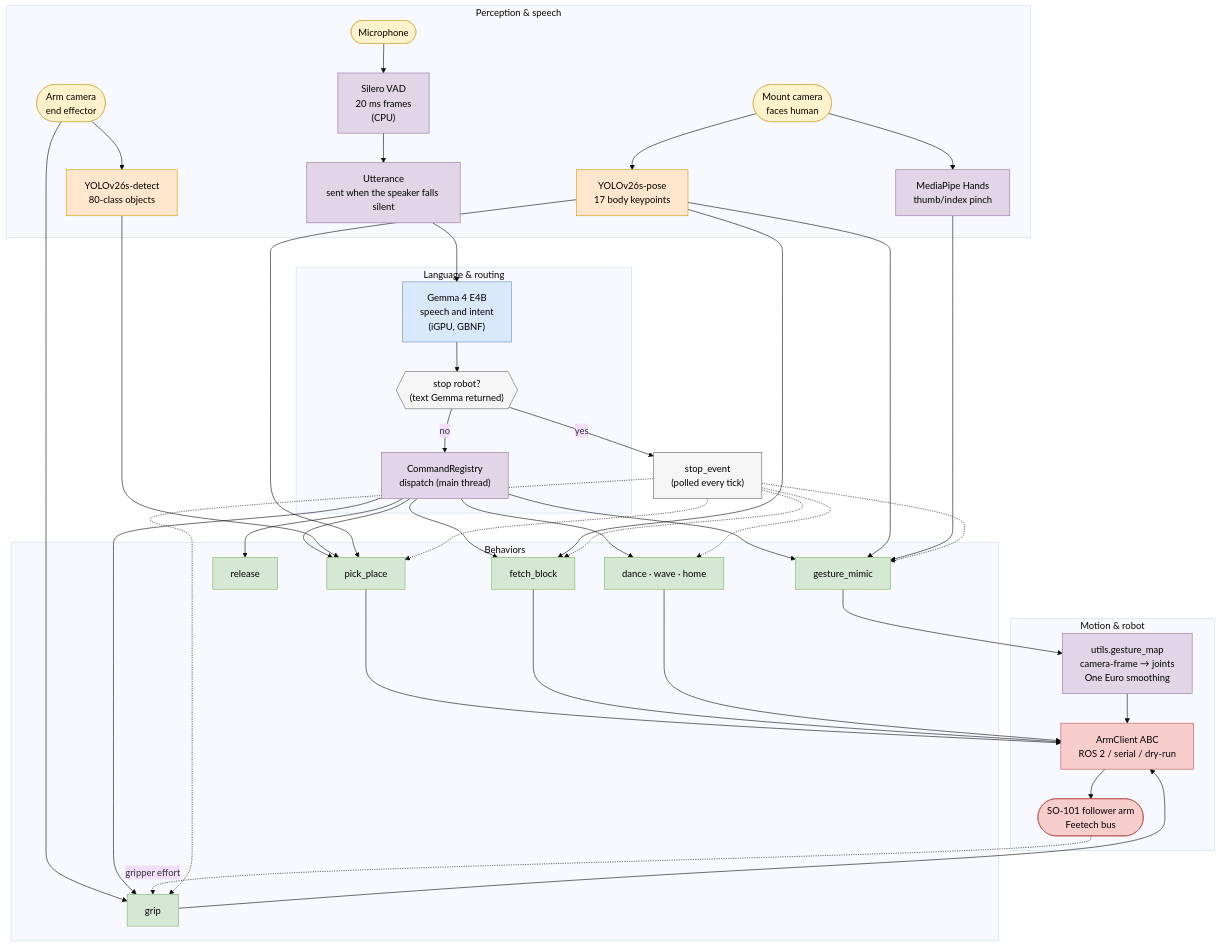
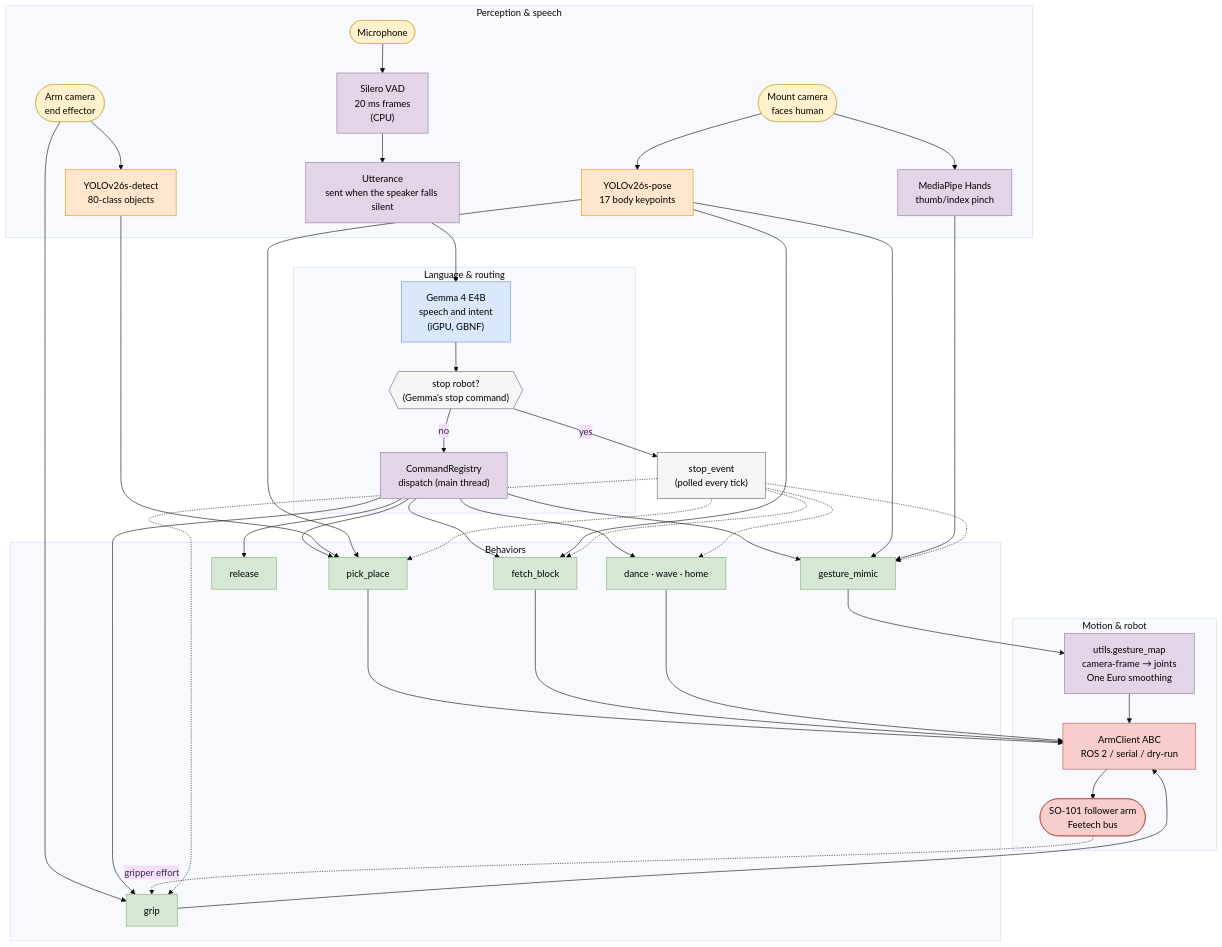
Before and after one commit to amd/embedded-x86-ai: the first of 3 diagrams in workshops/vvla-pipeline/README.md, drawn with Mermaid (base theme). The commit also changed other lines of this file and 7 other files, not shown here.

````diff
--- a/workshops/vvla-pipeline/README.md
+++ b/workshops/vvla-pipeline/README.md
@@ -12,72 +12,72 @@
 ```mermaid
 flowchart TB
     subgraph SENSE["Perception &amp; speech"]
         MIC([Microphone]):::io
         MOUNTCAM([Mount camera<br/>faces human]):::io
         ARMCAM([Arm camera<br/>end effector]):::io
 
         SILERO["Silero VAD<br/>20 ms frames<br/>(CPU)"]:::cpu
         HOP["Utterance<br/>sent when the speaker falls silent"]:::cpu
         POSE["YOLOv26s-pose<br/>17 body keypoints"]:::npu
         DETECT["YOLOv26s-detect<br/>80-class objects"]:::npu
         HANDS["MediaPipe Hands<br/>thumb/index pinch"]:::cpu
     end
 
     subgraph THINK["Language &amp; routing"]
         GEMMA["Gemma 4 E4B<br/>speech and intent<br/>(iGPU, GBNF)"]:::gpu
-        STOPCHK{{"stop robot?<br/>(text Gemma returned)"}}:::gate
+        STOPCHK{{"stop robot?<br/>(Gemma's stop command)"}}:::gate
         REG["CommandRegistry<br/>dispatch (main thread)"]:::cpu
     end
 
     subgraph ACT["Behaviors"]
         MIMIC["gesture_mimic"]:::beh
         PICK["pick_place"]:::beh
         FETCH["fetch_block"]:::beh
         GRIP["grip"]:::beh
         RELEASE["release"]:::beh
         OTHER["dance · wave · home"]:::beh
     end
 
     subgraph MOVE["Motion &amp; robot"]
         RETARGET["utils.gesture_map<br/>camera-frame → joints<br/>One Euro smoothing"]:::cpu
         ARMCLIENT["ArmClient ABC<br/>ROS 2 / serial / dry-run"]:::robot
         ARM([SO-101 follower arm<br/>Feetech bus]):::robot
     end
 
     STOPEVENT["stop_event<br/>(polled every tick)"]:::gate
 
     MIC --> SILERO --> HOP --> GEMMA --> STOPCHK
     STOPCHK -- "no" --> REG
     STOPCHK -- "yes" --> STOPEVENT
 
     MOUNTCAM --> POSE
     MOUNTCAM --> HANDS
     ARMCAM --> DETECT
     ARMCAM --> GRIP
 
     REG --> MIMIC & PICK & FETCH & GRIP & RELEASE & OTHER
 
     POSE --> MIMIC
     HANDS --> MIMIC
     DETECT --> PICK
     POSE --> PICK
     POSE --> FETCH
 
     MIMIC --> RETARGET --> ARMCLIENT
     PICK --> ARMCLIENT
     FETCH --> ARMCLIENT
     GRIP --> ARMCLIENT
     OTHER --> ARMCLIENT
     ARMCLIENT --> ARM
     ARM -. "gripper effort" .-> GRIP
 
     STOPEVENT -.-> MIMIC & PICK & FETCH & GRIP & OTHER
 
     classDef npu fill:#ffe6cc,stroke:#d79b00,color:#000;
     classDef gpu fill:#dae8fc,stroke:#6c8ebf,color:#000;
     classDef cpu fill:#e1d5e7,stroke:#9673a6,color:#000;
     classDef beh fill:#d5e8d4,stroke:#82b366,color:#000;
     classDef robot fill:#f8cecc,stroke:#b85450,color:#000;
     classDef io fill:#fff2cc,stroke:#d6b656,color:#000;
     classDef gate fill:#f5f5f5,stroke:#666,color:#000;
 ```
````
